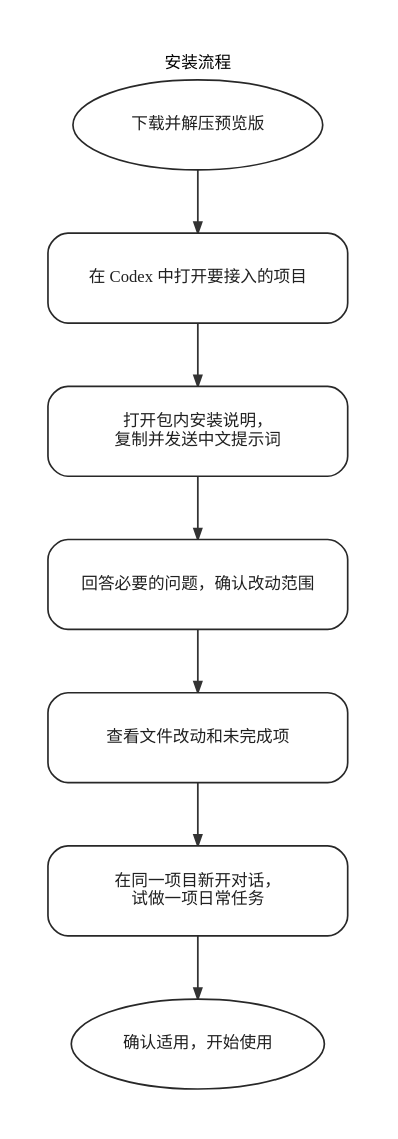
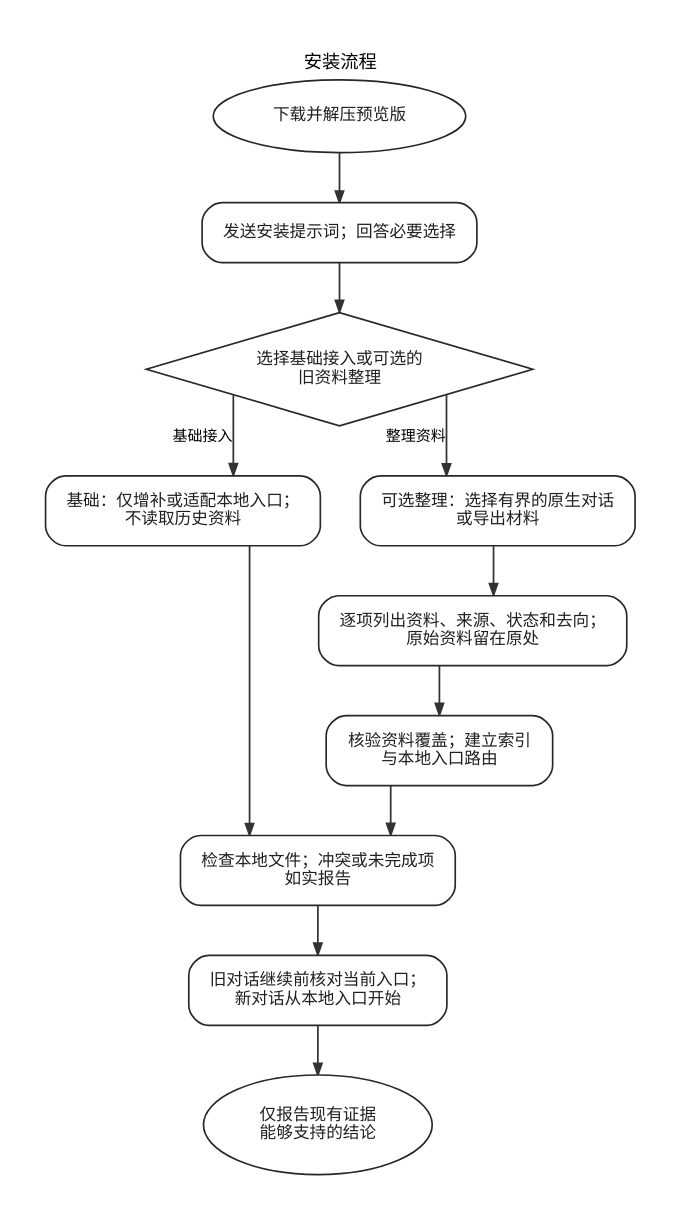
One commit to Richie521/intelligent-project-governance-system changed the diagram in docs/diagrams/installation-guide-zh-CN.dot. Above: the diagram before and after it, drawn with Graphviz. The commit also changed 25 other files, not shown here.

```diff
--- a/docs/diagrams/installation-guide-zh-CN.dot
+++ b/docs/diagrams/installation-guide-zh-CN.dot
@@ -1,48 +1,37 @@
 digraph "installation-guide-zh-CN" {
   graph [
     rankdir=TB,
     splines=ortho,
-    newrank=true,
     ordering=out,
     outputorder=edgesfirst,
-    nodesep=0.208,
-    ranksep=0.528,
-    pad=0.30,
+    nodesep=0.34,
+    ranksep=0.42,
+    pad=0.28,
     bgcolor="#FFFFFF",
     fontname="Microsoft YaHei",
-    fontsize=10,
+    fontsize=11,
     label="安装流程",
-    labelloc=t,
-    audit_notation="iso5807-flowchart",
-    audit_model="workflow-spec.v4",
-    audit_purpose="让首次接触项目智能治理系统的访客按自己的操作顺序完成预览版接入与试用。",
-    audit_reader_question="我下载预览版后，接下来需要亲自做哪些事？",
-    audit_direction="top_to_bottom",
-    audit_palette_mode="grayscale",
-    audit_accent_strategy="none",
-    audit_accent_nodes="",
-    audit_mainline_placement="center",
-    audit_profile="general-flow",
-    audit_authority_ids="",
-    audit_return_marker_strategy="auto",
-    audit_geometry_mode="strict",
-    audit_route_continuity="strict"
+    labelloc=t
   ];
-  node [fontname="Microsoft YaHei", fontsize=10, color="#282828", fontcolor="#202020", margin="0.18,0.12"];
-  edge [color="#333333", arrowsize=0.66, penwidth=1.05];
+  node [fontname="Microsoft YaHei", fontsize=10, color="#282828", fontcolor="#202020", margin="0.20,0.14", style="rounded,filled", fillcolor="#FFFFFF"];
+  edge [fontname="Microsoft YaHei", fontsize=9, color="#333333", arrowsize=0.7, penwidth=1.05];
 
-  "download" [label="下载并解压预览版", shape="ellipse", style="filled", fillcolor="#FFFFFF", audit_stage="prepare", audit_order="00", audit_role="start", audit_size_group="none", audit_semantic_group="none", fixedsize="true", width="2.0833333333333335", height="0.75", group="mainline"];
-  "open" [label="在 Codex 中打开要接入的项目", shape="box", style="rounded,filled", fillcolor="#FFFFFF", audit_stage="prepare", audit_order="01", audit_role="process", audit_size_group="none", audit_semantic_group="none", fixedsize="true", width="2.5", height="0.75", group="mainline"];
-  "prompt" [label="打开包内安装说明，\n复制并发送中文提示词", shape="box", style="rounded,filled", fillcolor="#FFFFFF", audit_stage="install", audit_order="02", audit_role="process", audit_size_group="none", audit_semantic_group="none", fixedsize="true", width="2.5", height="0.75", group="mainline"];
-  "clarify" [label="回答必要的问题，确认改动范围", shape="box", style="rounded,filled", fillcolor="#FFFFFF", audit_stage="install", audit_order="03", audit_role="process", audit_size_group="none", audit_semantic_group="none", fixedsize="true", width="2.5", height="0.75", group="mainline"];
-  "inspect" [label="查看文件改动和未完成项", shape="box", style="rounded,filled", fillcolor="#FFFFFF", audit_stage="verify", audit_order="04", audit_role="process", audit_size_group="none", audit_semantic_group="none", fixedsize="true", width="2.5", height="0.75", group="mainline"];
-  "trial" [label="在同一项目新开对话，\n试做一项日常任务", shape="box", style="rounded,filled", fillcolor="#FFFFFF", audit_stage="verify", audit_order="05", audit_role="process", audit_size_group="none", audit_semantic_group="none", fixedsize="true", width="2.5", height="0.75", group="mainline"];
-  "done" [label="确认适用，开始使用", shape="ellipse", style="filled", fillcolor="#FFFFFF", audit_stage="outcome", audit_order="end", audit_role="end", audit_size_group="none", audit_semantic_group="none", fixedsize="true", width="2.1087499999999997", height="0.75"];
+  download [label="下载并解压预览版", shape=ellipse, style=filled];
+  prompt [label="发送安装提示词；回答必要选择", shape=box];
+  choice [label="选择基础接入或可选的\n旧资料整理", shape=diamond, style=filled, margin="0.12,0.08"];
+  basic [label="基础：仅增补或适配本地入口；\n不读取历史资料", shape=box];
+  scope [label="可选整理：选择有界的原生对话\n或导出材料", shape=box];
+  inventory [label="逐项列出资料、来源、状态和去向；\n原始资料留在原处", shape=box];
+  verify [label="核验资料覆盖；建立索引\n与本地入口路由", shape=box];
+  files [label="检查本地文件；冲突或未完成项\n如实报告", shape=box];
+  sessions [label="旧对话继续前核对当前入口；\n新对话从本地入口开始", shape=box];
+  report [label="仅报告现有证据\n能够支持的结论", shape=ellipse, style=filled];
 
-  "download" -> "open" [id="e-download-open", audit_edge_id="e-download-open", audit_tail_side="bottom", audit_head_side="top", audit_route_kind="normal", audit_corridor="main", tailport="s", headport="n"];
-  "open" -> "prompt" [id="e-open-prompt", audit_edge_id="e-open-prompt", audit_tail_side="bottom", audit_head_side="top", audit_route_kind="normal", audit_corridor="main", tailport="s", headport="n"];
-  "prompt" -> "clarify" [id="e-prompt-clarify", audit_edge_id="e-prompt-clarify", audit_tail_side="bottom", audit_head_side="top", audit_route_kind="normal", audit_corridor="main", tailport="s", headport="n"];
-  "clarify" -> "inspect" [id="e-clarify-inspect", audit_edge_id="e-clarify-inspect", audit_tail_side="bottom", audit_head_side="top", audit_route_kind="normal", audit_corridor="main", tailport="s", headport="n"];
-  "inspect" -> "trial" [id="e-inspect-trial", audit_edge_id="e-inspect-trial", audit_tail_side="bottom", audit_head_side="top", audit_route_kind="normal", audit_corridor="main", tailport="s", headport="n"];
-  "trial" -> "done" [id="e-trial-done", audit_edge_id="e-trial-done", audit_tail_side="bottom", audit_head_side="top", audit_route_kind="normal", audit_corridor="main", tailport="s", headport="n"];
+  { rank=same; basic; scope; }
+  download -> prompt -> choice;
+  choice -> basic [xlabel="基础接入"];
+  choice -> scope [xlabel="整理资料"];
+  scope -> inventory -> verify -> files;
+  basic -> files;
+  files -> sessions -> report;
 }
```
